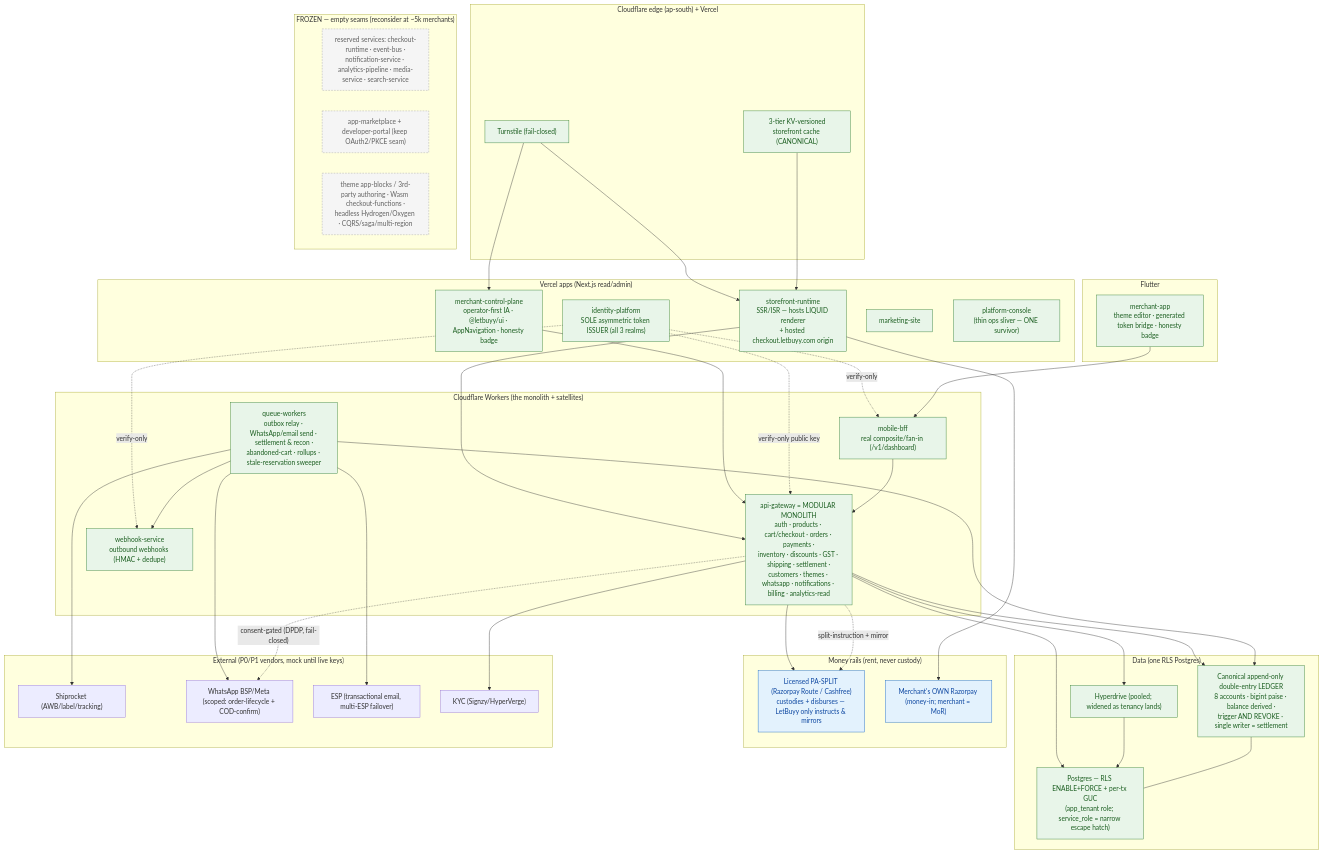
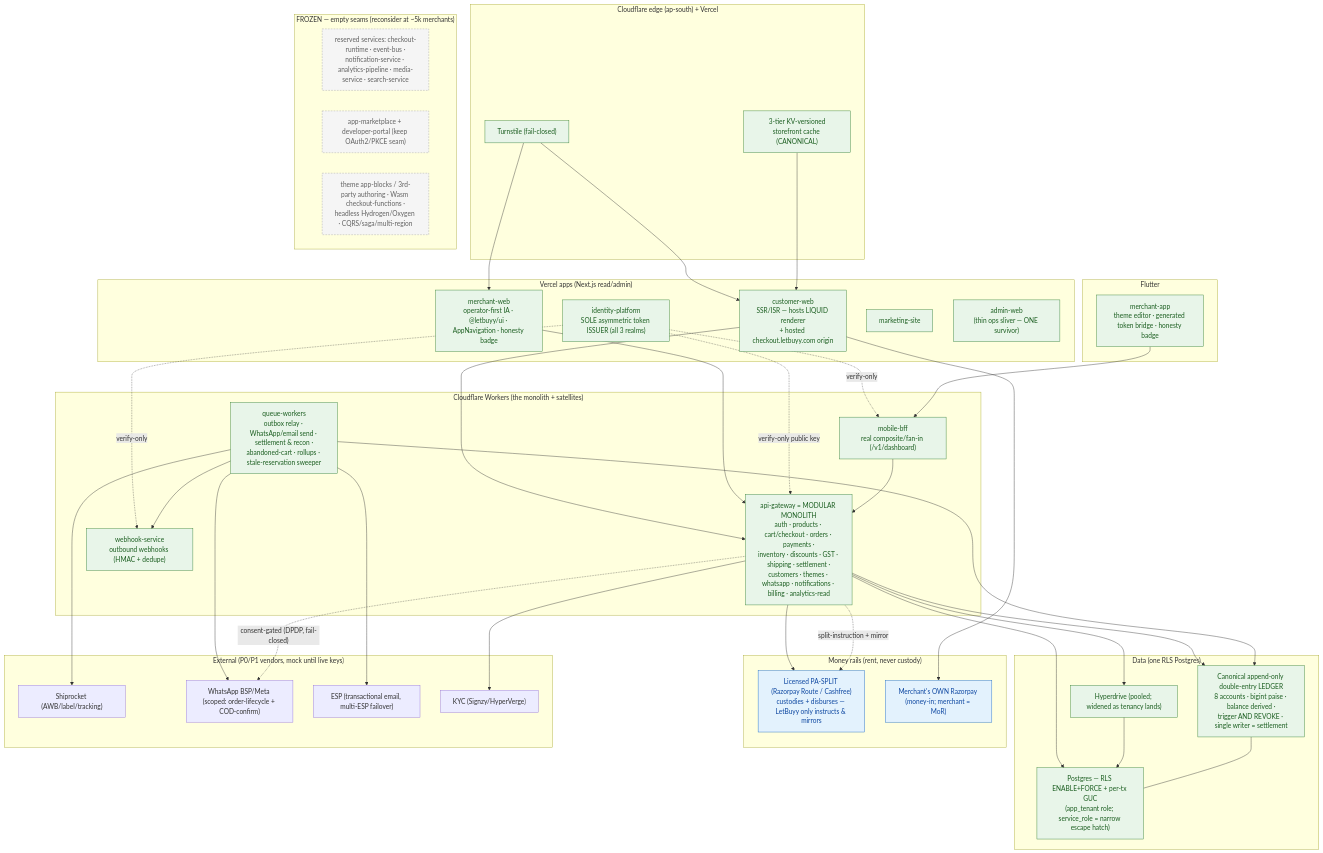
One commit to SaaiSiddhu/LetBuyy changed the diagram in GOVERNANCE_REWRITE_2026_06_10/LETBUYY_CANONICAL_SYSTEMS.md. Above: the diagram before and after it, drawn with Mermaid. The commit also changed other lines of this file and 39 other files, not shown here.

```diff
--- a/GOVERNANCE_REWRITE_2026_06_10/LETBUYY_CANONICAL_SYSTEMS.md
+++ b/GOVERNANCE_REWRITE_2026_06_10/LETBUYY_CANONICAL_SYSTEMS.md
@@ -328,11 +328,11 @@
     end
 
     subgraph APPS["Vercel apps (Next.js read/admin)"]
-        SF["storefront-runtime<br/>SSR/ISR — hosts LIQUID renderer<br/>+ hosted checkout.letbuyy.com origin"]
-        MCP["merchant-control-plane<br/>operator-first IA · @letbuyy/ui · AppNavigation · honesty badge"]
+        SF["customer-web<br/>SSR/ISR — hosts LIQUID renderer<br/>+ hosted checkout.letbuyy.com origin"]
+        MCP["merchant-web<br/>operator-first IA · @letbuyy/ui · AppNavigation · honesty badge"]
         IDP["identity-platform<br/>SOLE asymmetric token ISSUER (all 3 realms)"]
         MKT["marketing-site"]
-        OPS["platform-console<br/>(thin ops sliver — ONE survivor)"]
+        OPS["admin-web<br/>(thin ops sliver — ONE survivor)"]
     end
 
     subgraph MOBILE["Flutter"]
```
